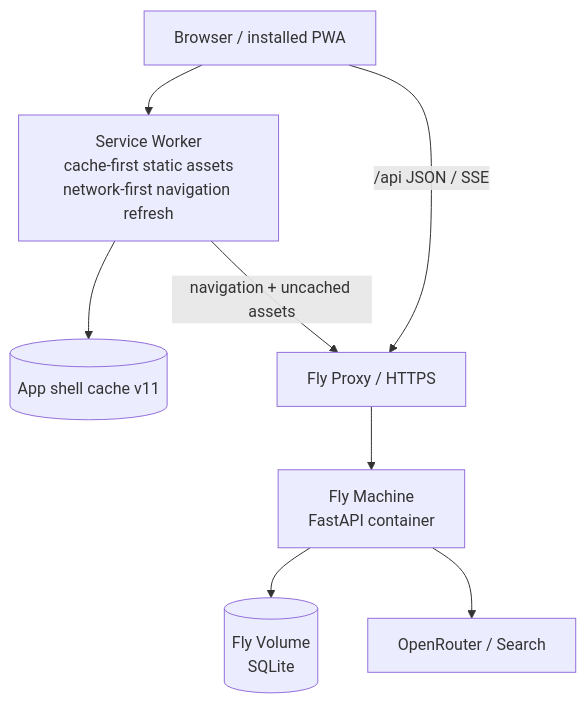
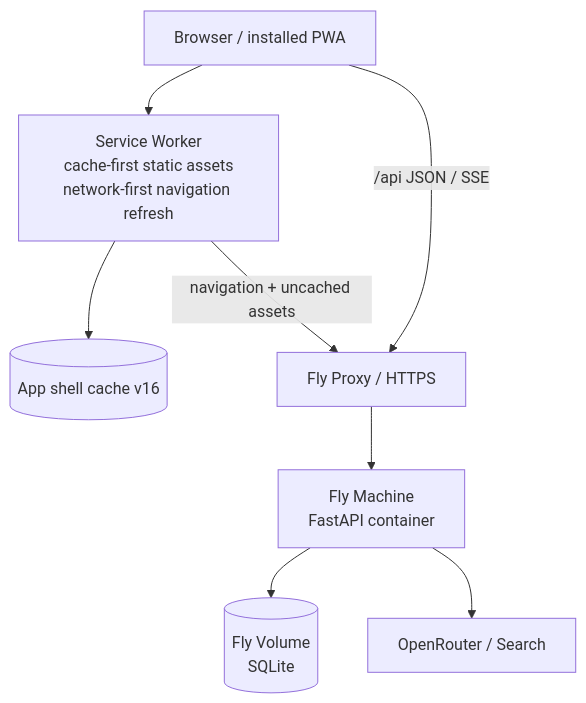
One commit to Teng91/running-shoes changed the sixth of 6 diagrams in docs/architecture.md. Above: the diagram before and after it, drawn with Mermaid. The commit also changed other lines of this file and 21 other files, not shown here.

````diff
--- a/docs/architecture.md
+++ b/docs/architecture.md
@@ -178,18 +197,18 @@
 ```mermaid
 flowchart TB
     Browser[Browser / installed PWA]
     SW[Service Worker<br/>cache-first static assets<br/>network-first navigation refresh]
-    Shell[(App shell cache v11)]
+    Shell[(App shell cache v16)]
     FlyProxy[Fly Proxy / HTTPS]
     Machine[Fly Machine<br/>FastAPI container]
     Volume[(Fly Volume<br/>SQLite)]
     External[OpenRouter / Search]
 
     Browser --> SW
     SW --> Shell
     SW -->|navigation + uncached assets| FlyProxy
     Browser -->|/api JSON / SSE| FlyProxy
     FlyProxy --> Machine
     Machine --> Volume
     Machine --> External
 ```
````
